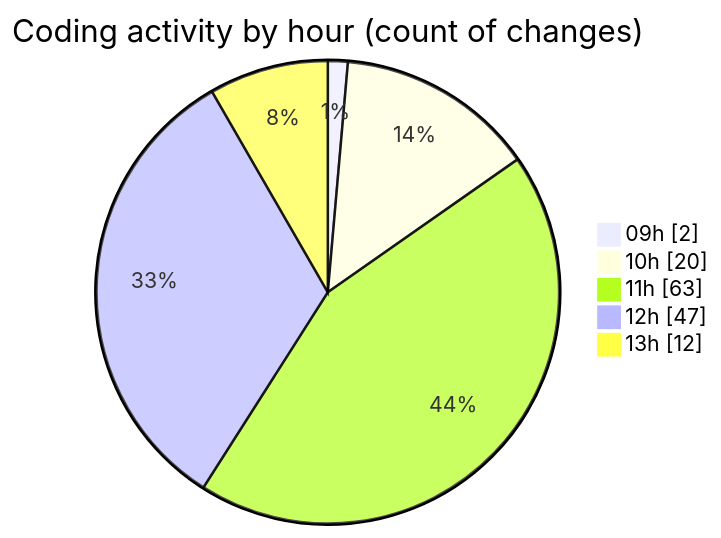
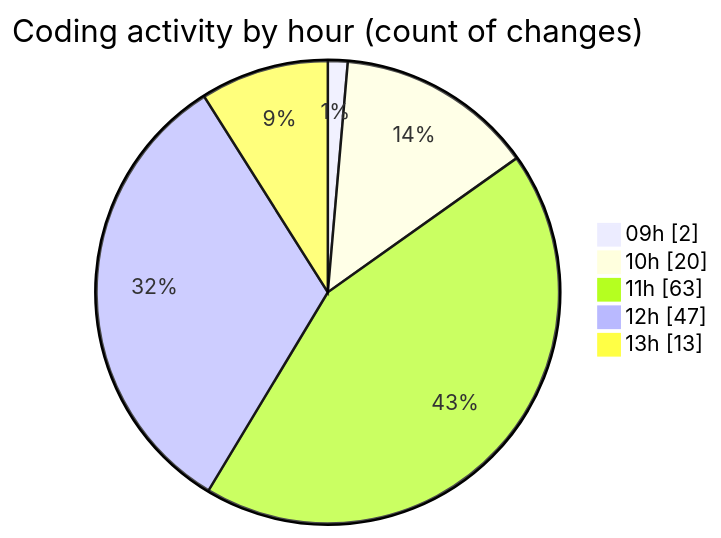
One commit to momahboobian/code-tracking changed the second of 2 diagrams in 2025-04-08/cda/README.md. Above: the diagram before and after it, drawn with Mermaid. The commit also changed other lines of this file and 1 other file, not shown here.

````diff
--- a/2025-04-08/cda/README.md
+++ b/2025-04-08/cda/README.md
@@ -38,9 +38,9 @@
 ```mermaid
 pie showData
 title Coding activity by hour (count of changes)
 "09h" : 2
 "10h" : 20
 "11h" : 63
 "12h" : 47
-"13h" : 12
+"13h" : 13
 ```
````
